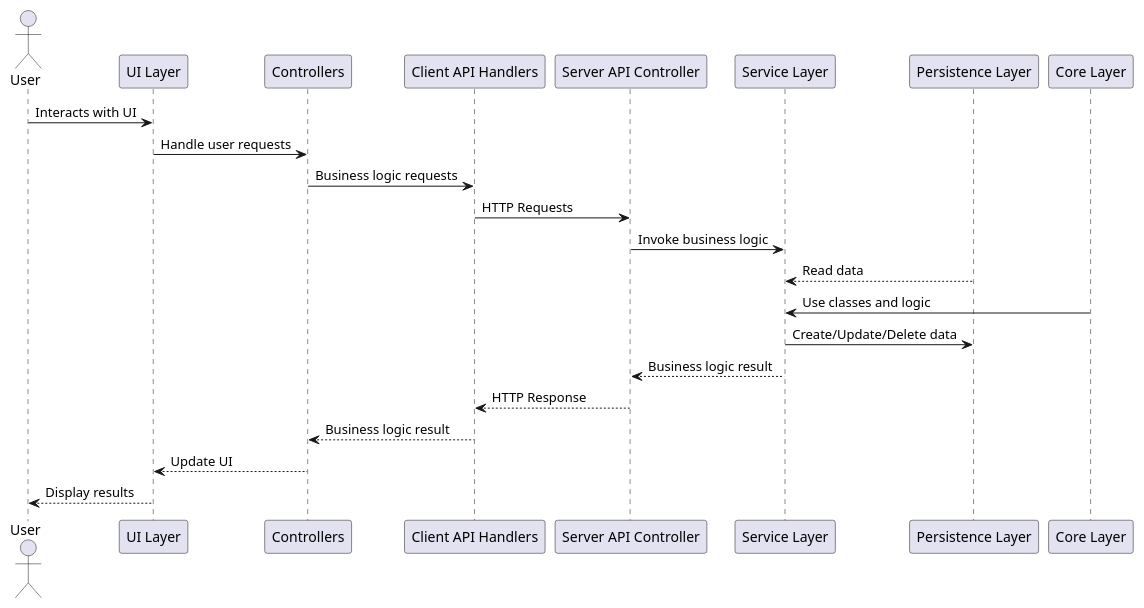
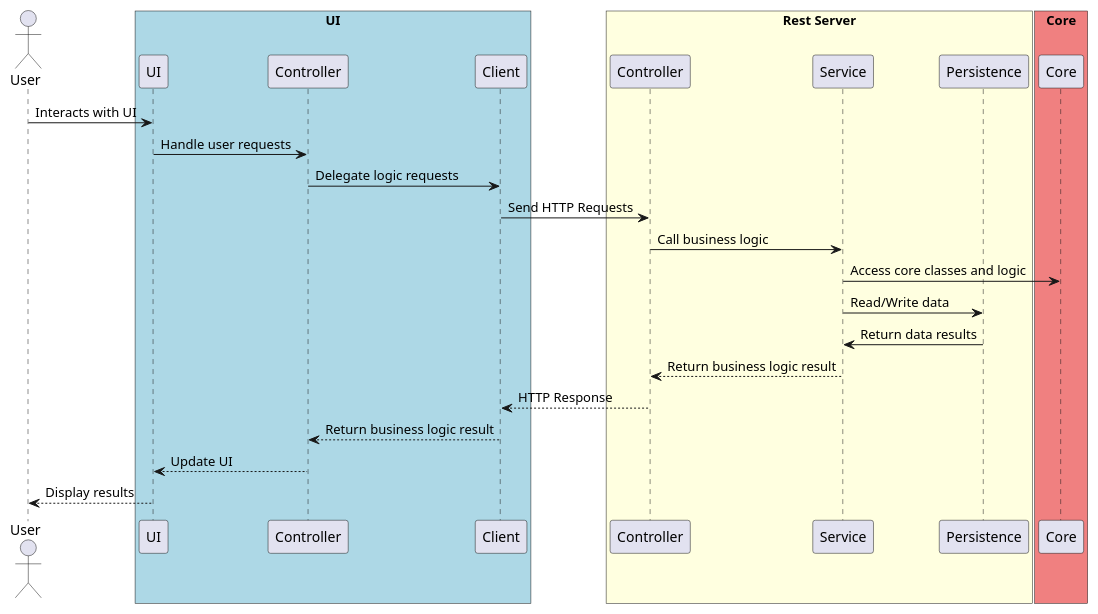
Before and after one commit to ludvigovrevik/Kollapp: the diagram in docs/release3/puml/sequence_diagram.puml, drawn with PlantUML. The commit also changed 1 other file, not shown here.

```diff
--- a/docs/release3/puml/sequence_diagram.puml
+++ b/docs/release3/puml/sequence_diagram.puml
@@ -1,28 +1,38 @@
-@startuml
+@startuml KollApp Sequence Diagram
+
 actor User
 
-participant "UI Layer" as UI
-participant "Controllers" as Controllers
-participant "Client API Handlers" as APIHandlers
-participant "Server API Controller" as APIController
-participant "Service Layer" as Services
-participant "Persistence Layer" as Persistence
-participant "Core Layer" as Core
+' Group components into folders to match the architecture structure
+box "UI" #LightBlue
+    participant "UI" as UI
+    participant "Controller" as Controllers
+    participant "Client" as APIHandlers
+end box
 
+box "Rest Server" #LightYellow
+    participant "Controller" as APIController
+    participant "Service" as Services
+    participant "Persistence" as Persistence
+end box
 
+box "Core" #LightCoral
+    participant "Core" as Core
+end box
+
+' Define interactions between components
 User -> UI : Interacts with UI
 UI -> Controllers : Handle user requests
-Controllers -> APIHandlers : Business logic requests
-APIHandlers -> APIController : HTTP Requests
-APIController -> Services : Invoke business logic
-Persistence --> Services : Read data
-Services <- Core : Use classes and logic
-Services -> Persistence : Create/Update/Delete data
-Services --> APIController : Business logic result
-APIHandlers <-- APIController : HTTP Response
-APIHandlers --> Controllers : Business logic result
+Controllers -> APIHandlers : Delegate logic requests
+APIHandlers -> APIController : Send HTTP Requests
+APIController -> Services : Call business logic
+Services -> Core : Access core classes and logic
+Services -> Persistence : Read/Write data
+Persistence -> Services : Return data results
 
+Services --> APIController : Return business logic result
+APIController --> APIHandlers : HTTP Response
+APIHandlers --> Controllers : Return business logic result
 Controllers --> UI : Update UI
 UI --> User : Display results
 
 @enduml
```
